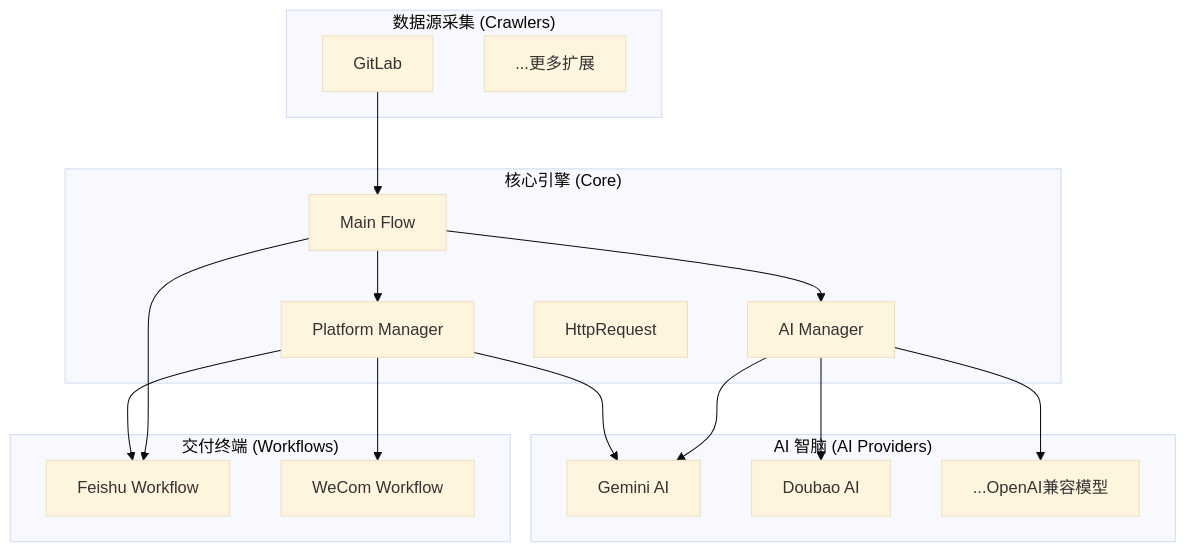
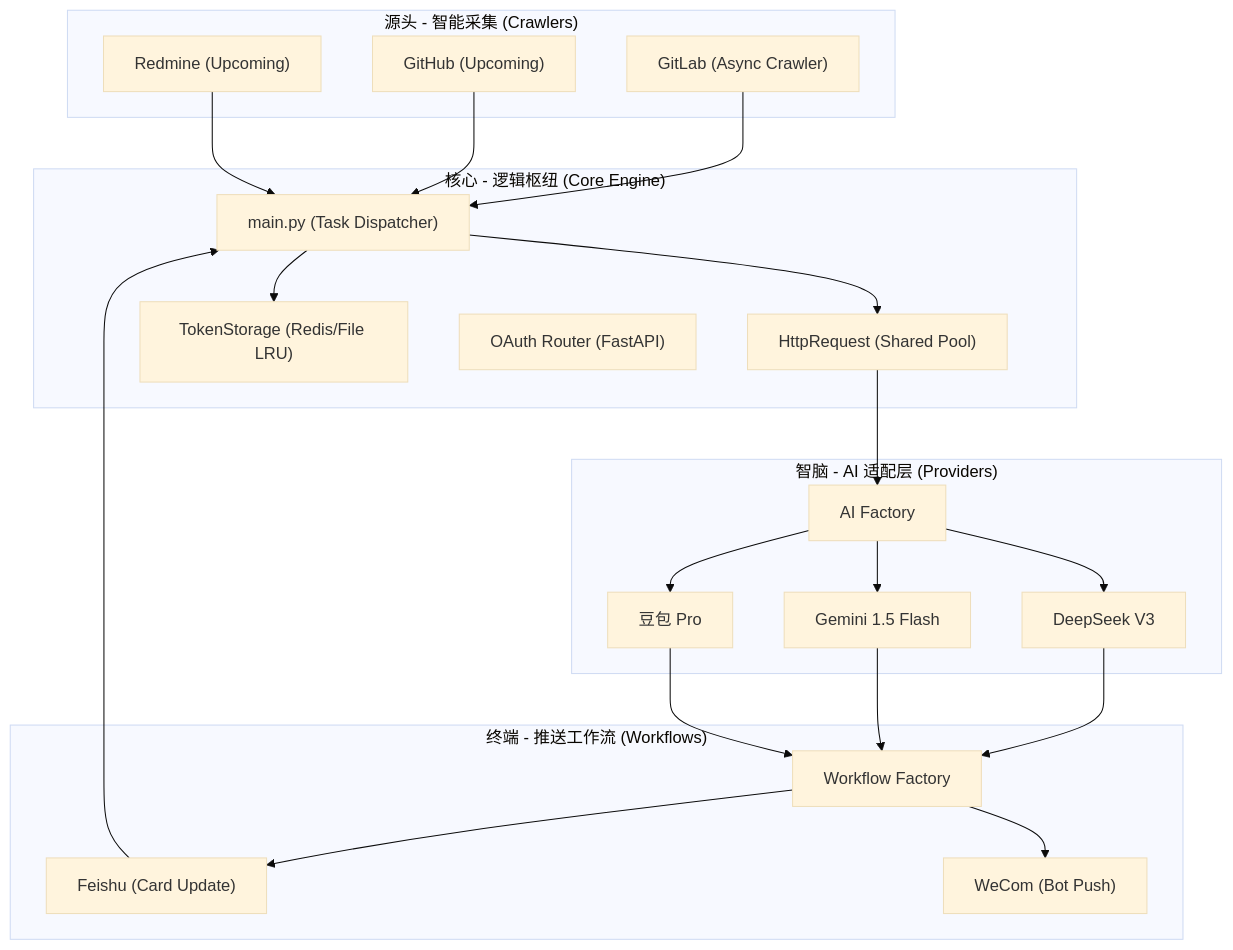
One commit to Youarefortunate/dailybot-miao changed the diagram in README.md. Above: the diagram before and after it, drawn with Mermaid (base theme). The commit also changed other lines of this file and 1 other file, not shown here.

````diff
--- a/README.md
+++ b/README.md
@@ -26,32 +45,37 @@
 ```mermaid
 graph TD
-    subgraph "数据源采集 (Crawlers)"
-        G[GitLab]
-        O[...更多扩展]
+    subgraph "源头 - 智能采集 (Crawlers)"
+        GL["GitLab (Async Crawler)"]
+        GH["GitHub (Upcoming)"]
+        RD["Redmine (Upcoming)"]
     end
 
-    subgraph "核心引擎 (Core)"
-        M[Main Flow]
-        PM[Platform Manager]
-        AM[AI Manager]
-        REQ[HttpRequest]
+    subgraph "核心 - 逻辑枢纽 (Core Engine)"
+        M["main.py (Task Dispatcher)"]
+        REQ["HttpRequest (Shared Pool)"]
+        TOKEN["TokenStorage (Redis/File LRU)"]
+        OAUTH["OAuth Router (FastAPI)"]
     end
 
-    subgraph "AI 智脑 (AI Providers)"
-        GM[Gemini AI]
-        DB[Doubao AI]
-        OT[...OpenAI兼容模型]
+    subgraph "智脑 - AI 适配层 (Providers)"
+        AI["AI Factory"]
+        DS["DeepSeek V3"]
+        GM["Gemini 1.5 Flash"]
+        DB["豆包 Pro"]
     end
 
-    subgraph "交付终端 (Workflows)"
-        FS[Feishu Workflow]
-        WC[WeCom Workflow]
+    subgraph "终端 - 推送工作流 (Workflows)"
+        WF["Workflow Factory"]
+        FSC["Feishu (Card Update)"]
+        WWC["WeCom (Bot Push)"]
     end
 
-    G --> M
-    M --> PM
-    PM --> FS & WC & GM
-    M --> AM
-    AM --> GM & DB & OT
-    M --> FS
+    GL & GH & RD --> M
+    M --> TOKEN
+    M --> REQ
+    REQ --> AI
+    AI --> DS & GM & DB
+    DS & GM & DB --> WF
+    WF --> FSC & WWC
+    FSC --> M
 ```
````
